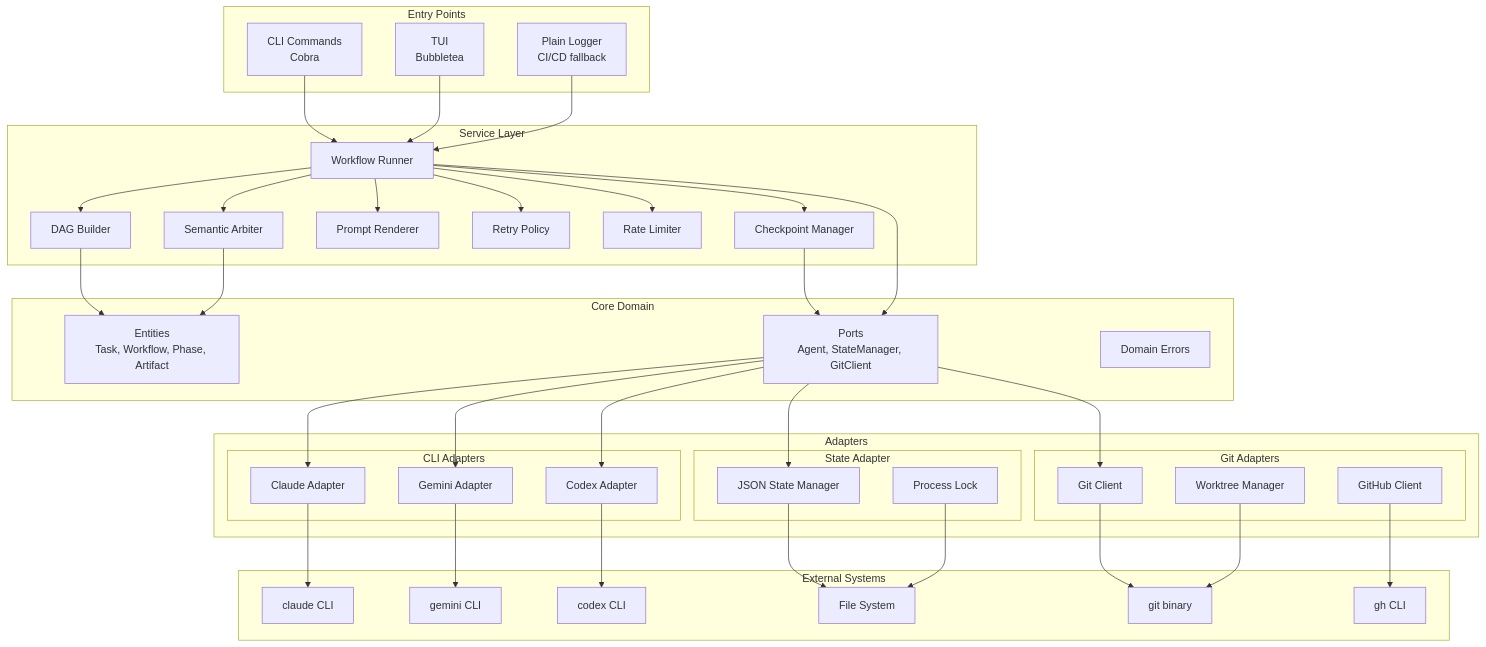
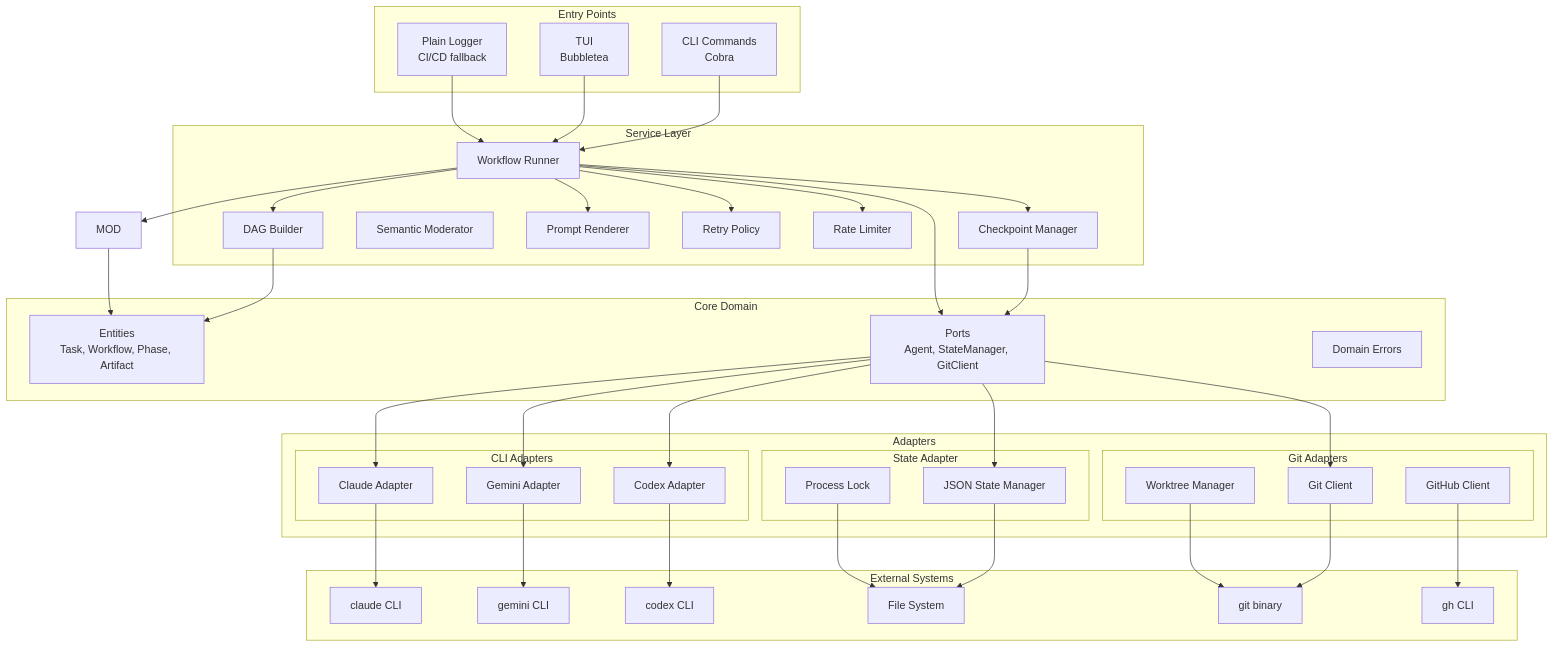
One commit to hugo-lorenzo-mato/quorum-ai changed the diagram in docs/ARCHITECTURE.md. Above: the diagram before and after it, drawn with Mermaid. The commit also changed other lines of this file and 1 other file, not shown here.

First line of the commit message:
docs: update ARCHITECTURE.md and CONFIGURATION.md for new terminology

````diff
--- a/docs/ARCHITECTURE.md
+++ b/docs/ARCHITECTURE.md
@@ -16,81 +16,81 @@
 ```mermaid
 graph TB
     subgraph "Entry Points"
         CLI[CLI Commands<br/>Cobra]
         TUI[TUI<br/>Bubbletea]
         PLAIN[Plain Logger<br/>CI/CD fallback]
     end
 
     subgraph "Service Layer"
         WF[Workflow Runner]
         DAG[DAG Builder]
-        ARB[Semantic Arbiter]
+        ARB[Semantic Moderator]
         PROMPT[Prompt Renderer]
         RETRY[Retry Policy]
         RATE[Rate Limiter]
         CKPT[Checkpoint Manager]
     end
 
     subgraph "Core Domain"
         ENTITIES[Entities<br/>Task, Workflow, Phase, Artifact]
         PORTS[Ports<br/>Agent, StateManager, GitClient]
         ERRORS[Domain Errors]
     end
 
     subgraph "Adapters"
         subgraph "CLI Adapters"
             CLAUDE[Claude Adapter]
             GEMINI[Gemini Adapter]
             CODEX[Codex Adapter]
         end
         subgraph "State Adapter"
             JSON[JSON State Manager]
             LOCK[Process Lock]
         end
         subgraph "Git Adapters"
             GIT[Git Client]
             WT[Worktree Manager]
             GH[GitHub Client]
         end
     end
 
     subgraph "External Systems"
         CLAUDE_CLI[claude CLI]
         GEMINI_CLI[gemini CLI]
         CODEX_CLI[codex CLI]
         FS[File System]
         GIT_BIN[git binary]
         GH_BIN[gh CLI]
     end
 
     CLI --> WF
     TUI --> WF
     PLAIN --> WF
 
     WF --> DAG
-    WF --> ARB
+    WF --> MOD
     WF --> PROMPT
     WF --> RETRY
     WF --> RATE
     WF --> CKPT
 
     DAG --> ENTITIES
-    ARB --> ENTITIES
+    MOD --> ENTITIES
     CKPT --> PORTS
 
     WF --> PORTS
     PORTS --> CLAUDE
     PORTS --> GEMINI
     PORTS --> CODEX
     PORTS --> JSON
     PORTS --> GIT
 
     CLAUDE --> CLAUDE_CLI
     GEMINI --> GEMINI_CLI
     CODEX --> CODEX_CLI
     JSON --> FS
     LOCK --> FS
     GIT --> GIT_BIN
     WT --> GIT_BIN
     GH --> GH_BIN
 ```
````
